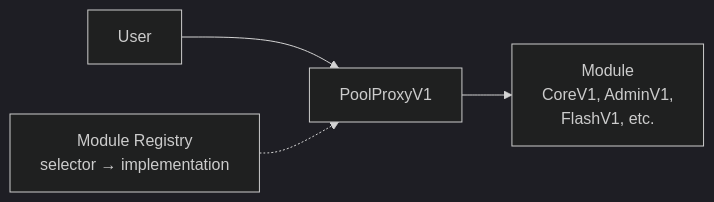
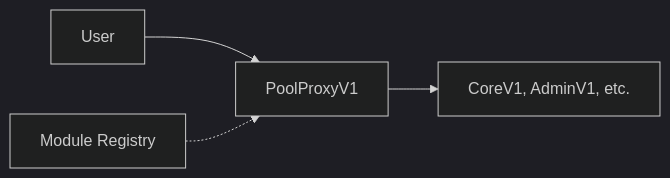
Before and after one commit to btr-protocol/dex: the first of 4 diagrams in docs/1. AIMM/Overview.md, drawn with Mermaid (dark theme). The commit also changed other lines of this file and 27 other files, not shown here.

````diff
--- a/docs/1. AIMM/Overview.md
+++ b/docs/1. AIMM/Overview.md
@@ -27,6 +27,6 @@
 ```mermaid
 graph LR
-    User[User] --> Proxy[PoolProxyV1]
-    Proxy --> Module[Module<br/>CoreV1, AdminV1,<br/>FlashV1, etc.]
-    Registry[Module Registry<br/>selector → implementation] -.-> Proxy
+    User --> Proxy[PoolProxyV1]
+    Proxy --> Module[CoreV1, AdminV1, etc.]
+    Registry[Module Registry] -.-> Proxy
 ```
````
